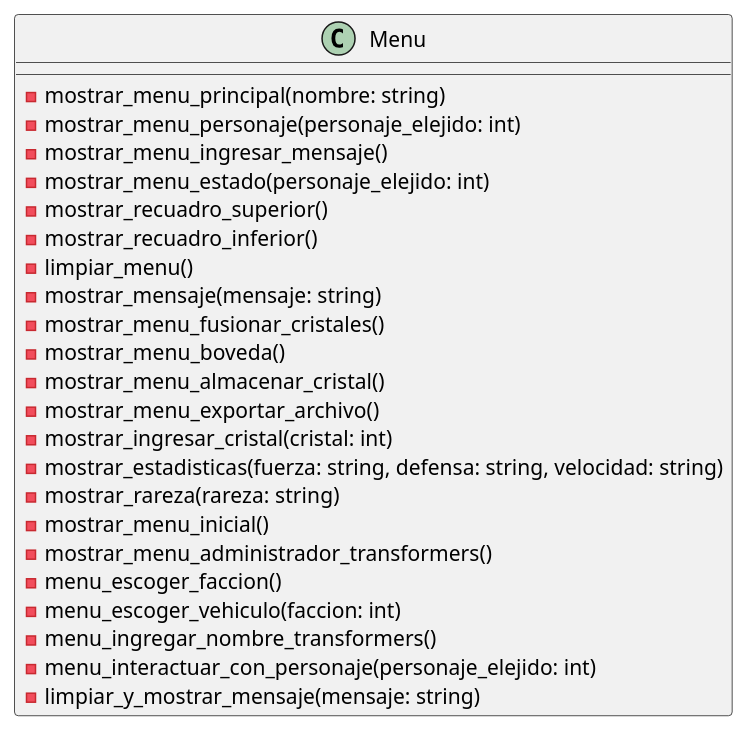
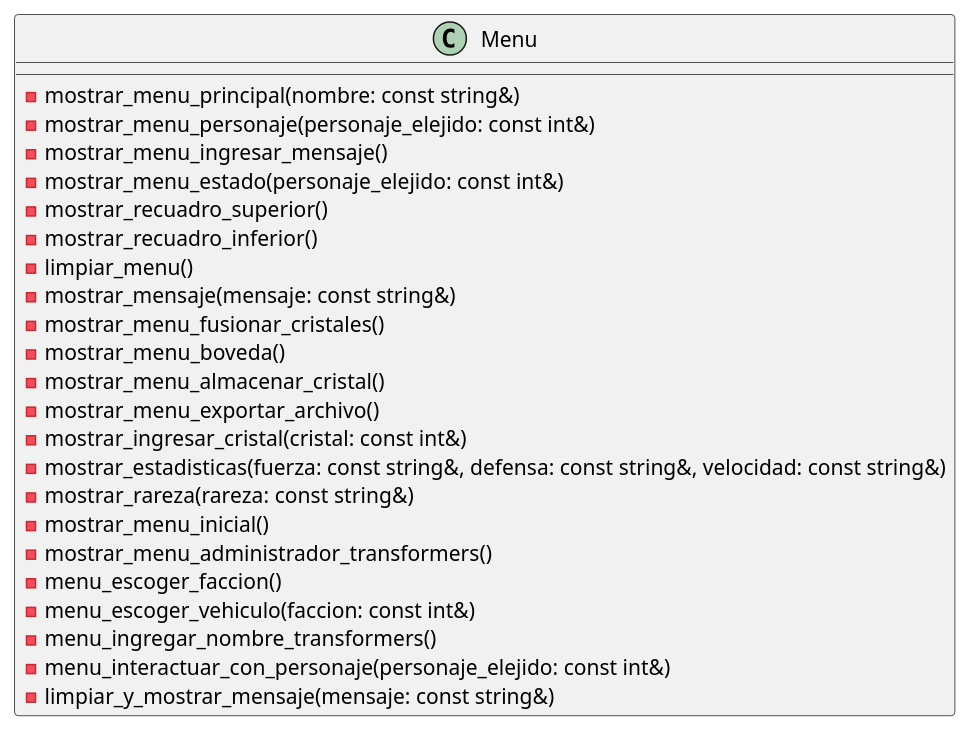
One commit to guillsil/Transformers-Game changed the diagram in Diagramas-UML/Menu.puml. Above: the diagram before and after it, drawn with PlantUML. The commit also changed 15 other files, not shown here.

Commit message:
Refactor: adapto los uml ya que los mismo con los atributos primero va el nombre y luego el tipo.

```diff
--- a/Diagramas-UML/Menu.puml
+++ b/Diagramas-UML/Menu.puml
@@ -1,29 +1,29 @@
 @startuml
 'https://plantuml.com/class-diagram
 
 class Menu {
-    - mostrar_menu_principal(nombre: string)
-    - mostrar_menu_personaje(personaje_elejido: int)
+    - mostrar_menu_principal(nombre: const string&)
+    - mostrar_menu_personaje(personaje_elejido: const int&)
     - mostrar_menu_ingresar_mensaje()
-    - mostrar_menu_estado(personaje_elejido: int)
+    - mostrar_menu_estado(personaje_elejido: const int&)
     - mostrar_recuadro_superior()
     - mostrar_recuadro_inferior()
     - limpiar_menu()
-    - mostrar_mensaje(mensaje: string)
+    - mostrar_mensaje(mensaje: const string&)
     - mostrar_menu_fusionar_cristales()
     - mostrar_menu_boveda()
     - mostrar_menu_almacenar_cristal()
     - mostrar_menu_exportar_archivo()
-    - mostrar_ingresar_cristal(cristal: int)
-    - mostrar_estadisticas(fuerza: string, defensa: string, velocidad: string)
-    - mostrar_rareza(rareza: string)
+    - mostrar_ingresar_cristal(cristal: const int&)
+    - mostrar_estadisticas(fuerza: const string&, defensa: const string&, velocidad: const string&)
+    - mostrar_rareza(rareza: const string&)
     - mostrar_menu_inicial()
     - mostrar_menu_administrador_transformers()
     - menu_escoger_faccion()
-    - menu_escoger_vehiculo(faccion: int)
+    - menu_escoger_vehiculo(faccion: const int&)
     - menu_ingregar_nombre_transformers()
-    - menu_interactuar_con_personaje(personaje_elejido: int)
-    - limpiar_y_mostrar_mensaje(mensaje: string)
+    - menu_interactuar_con_personaje(personaje_elejido: const int&)
+    - limpiar_y_mostrar_mensaje(mensaje: const string&)
 }
 
 @enduml
```
